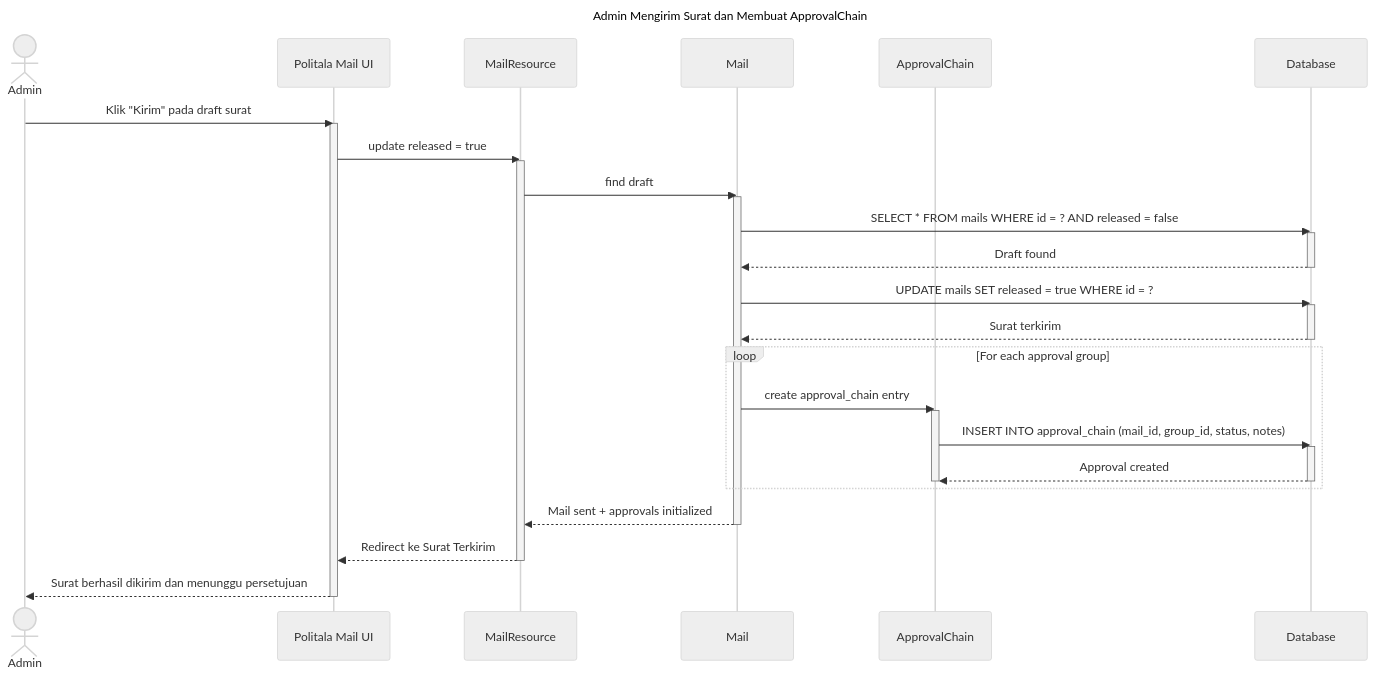
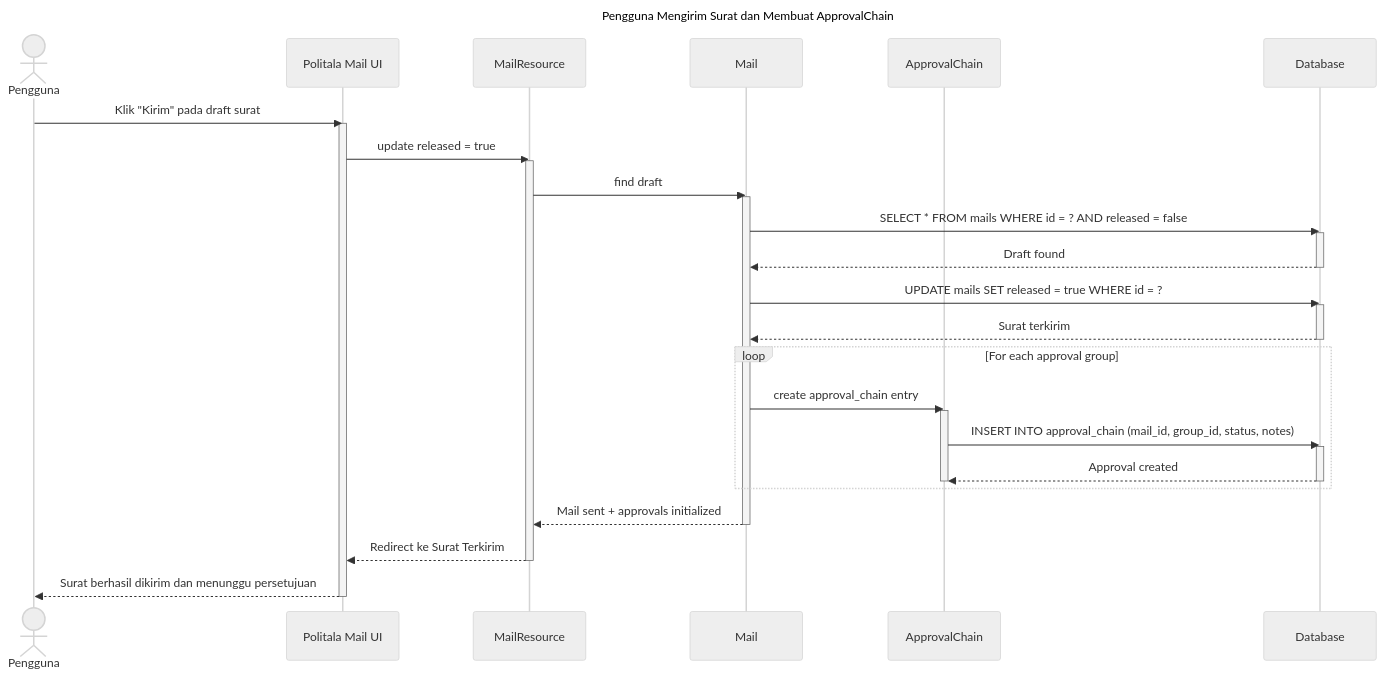
The diagram in Manage Sent Mails/send draft.md (davidhadinugroho24601/UML-politala-mail), drawn with Mermaid (neutral theme) before and after one commit. The commit also changed 8 other files, not shown here.

````diff
--- a/Manage Sent Mails/send draft.md
+++ b/Manage Sent Mails/send draft.md
@@ -1,48 +1,48 @@
 ```mermaid
 
 sequenceDiagram
-    title Admin Mengirim Surat dan Membuat ApprovalChain
+    title Pengguna Mengirim Surat dan Membuat ApprovalChain
 
-    actor Admin
+    actor Pengguna
     participant FilamentUI as Politala Mail UI
     participant MailResource
     participant MailModel as Mail
     participant ApprovalModel as ApprovalChain
     participant DB as Database
 
-    Admin ->> FilamentUI: Klik "Kirim" pada draft surat
+    Pengguna ->> FilamentUI: Klik "Kirim" pada draft surat
     activate FilamentUI
     FilamentUI ->> MailResource: update released = true
     activate MailResource
     MailResource ->> MailModel: find draft
     activate MailModel
     MailModel ->> DB: SELECT * FROM mails WHERE id = ? AND released = false
     activate DB
     DB -->> MailModel: Draft found
     deactivate DB
 
     MailModel ->> DB: UPDATE mails SET released = true WHERE id = ?
     activate DB
     DB -->> MailModel: Surat terkirim
     deactivate DB
 
     loop For each approval group
         MailModel ->> ApprovalModel: create approval_chain entry
         activate ApprovalModel
         ApprovalModel ->> DB: INSERT INTO approval_chain (mail_id, group_id, status, notes)
         activate DB
         DB -->> ApprovalModel: Approval created
         deactivate DB
         deactivate ApprovalModel
     end
 
     MailModel -->> MailResource: Mail sent + approvals initialized
     deactivate MailModel
     MailResource -->> FilamentUI: Redirect ke Surat Terkirim
     deactivate MailResource
-    FilamentUI -->> Admin: Surat berhasil dikirim dan menunggu persetujuan
+    FilamentUI -->> Pengguna: Surat berhasil dikirim dan menunggu persetujuan
     deactivate FilamentUI
 
 
 
 ```
````
